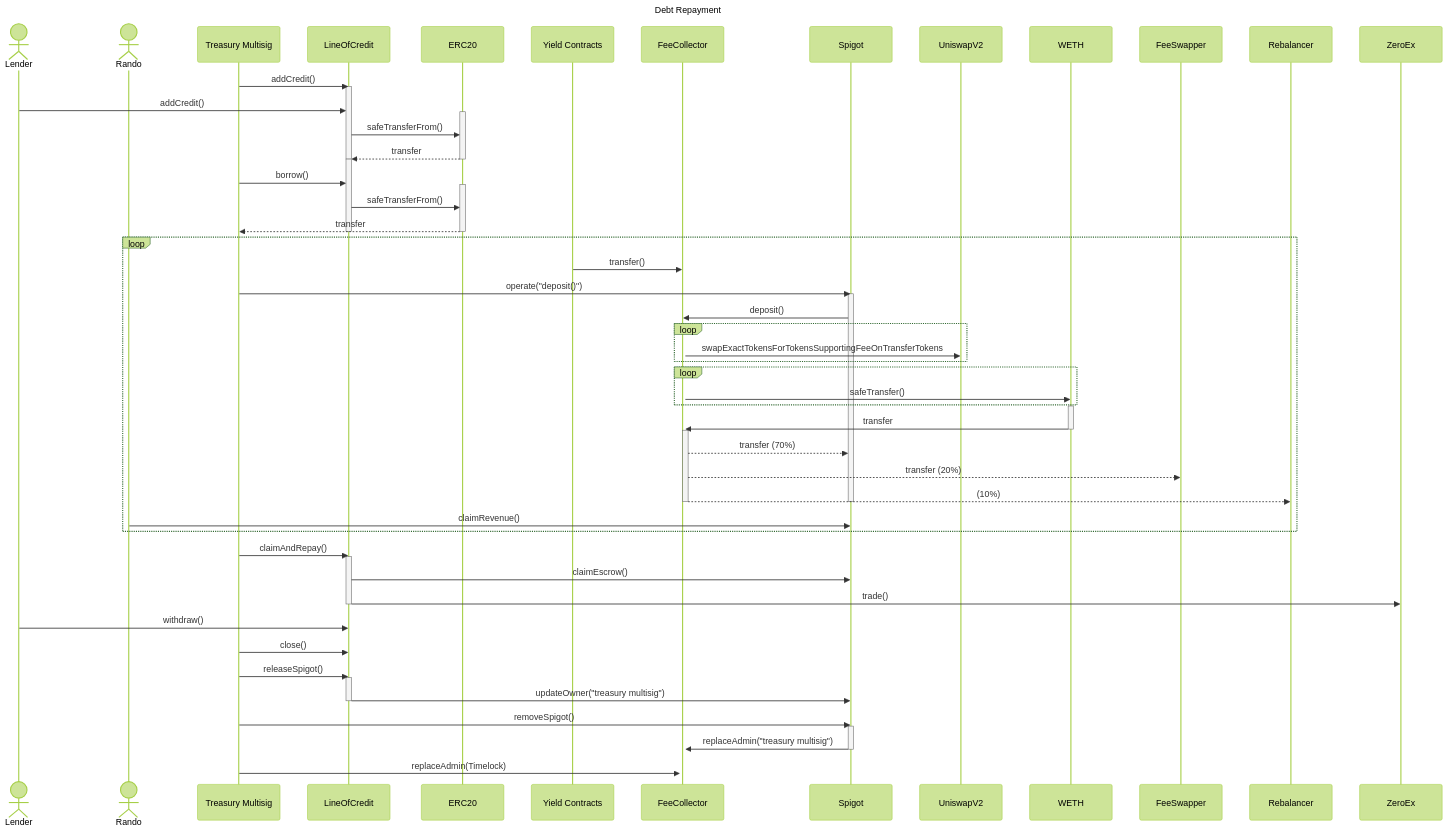
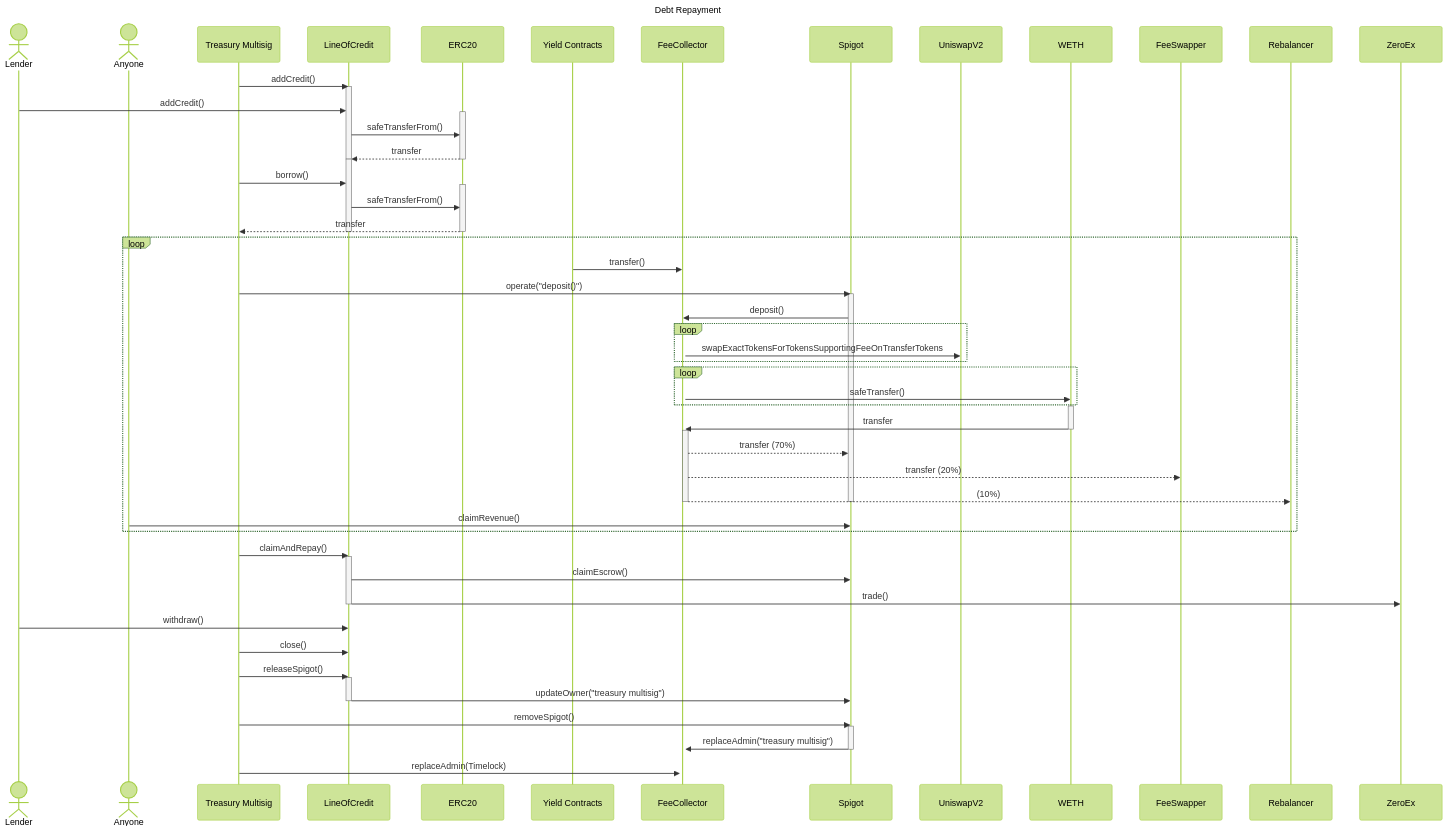
One commit to debtdao/spigot-migrations changed the third of 3 diagrams in migrations/idle-finance/docs.md. Above: the diagram before and after it, drawn with Mermaid (forest theme). The commit also changed other lines of this file and 5 other files, not shown here.

````diff
--- a/migrations/idle-finance/docs.md
+++ b/migrations/idle-finance/docs.md
@@ -94,80 +94,80 @@
 ```mermaid
 sequenceDiagram
     title Debt Repayment
 
     actor Lender
-    actor Rando
+    actor Anyone
 
     Treasury Multisig ->> LineOfCredit: addCredit()
     activate LineOfCredit
     Lender ->> LineOfCredit: addCredit()
     activate ERC20
     LineOfCredit ->> ERC20: safeTransferFrom()
     ERC20 -->> LineOfCredit: transfer
     deactivate ERC20
     deactivate LineOfCredit
 
     activate LineOfCredit
     Treasury Multisig ->> LineOfCredit: borrow()
     activate ERC20
     LineOfCredit ->> ERC20: safeTransferFrom()
     ERC20 -->> Treasury Multisig: transfer
     deactivate ERC20
     deactivate LineOfCredit
 
     loop
       Yield Contracts ->> FeeCollector: transfer()
 
 
       Treasury Multisig ->> Spigot: operate("deposit()")
       activate Spigot
       Spigot ->> FeeCollector: deposit()
       activate FeeCollector
       loop
           FeeCollector ->> UniswapV2: swapExactTokensForTokensSupportingFeeOnTransferTokens
       end
       loop
           FeeCollector ->> WETH: safeTransfer()
       end
 
       activate WETH
 
       WETH ->> FeeCollector: transfer
 
       deactivate WETH
 
       activate FeeCollector
 
       FeeCollector -->> Spigot: transfer (70%)
       FeeCollector -->> FeeSwapper: transfer (20%)
       FeeCollector -->> Rebalancer: (10%)
 
       deactivate FeeCollector
 
 
       deactivate Spigot
 
-      Rando ->> Spigot: claimRevenue()
+      Anyone ->> Spigot: claimRevenue()
     end
 
     Treasury Multisig ->> LineOfCredit: claimAndRepay()
     activate LineOfCredit
     LineOfCredit ->> Spigot: claimEscrow()
     LineOfCredit ->> ZeroEx: trade()
     deactivate LineOfCredit
     Lender ->> LineOfCredit: withdraw()
     Treasury Multisig ->> LineOfCredit: close()
     Treasury Multisig ->> LineOfCredit: releaseSpigot()
     activate LineOfCredit
     LineOfCredit ->> Spigot: updateOwner("treasury multisig")
     deactivate LineOfCredit
     Treasury Multisig ->> Spigot: removeSpigot()
     activate Spigot
     Spigot ->> FeeCollector: replaceAdmin("treasury multisig")
     deactivate Spigot
     Treasury Multisig ->> FeeCollector: replaceAdmin(Timelock)
 
 
 
 
 ```
````
